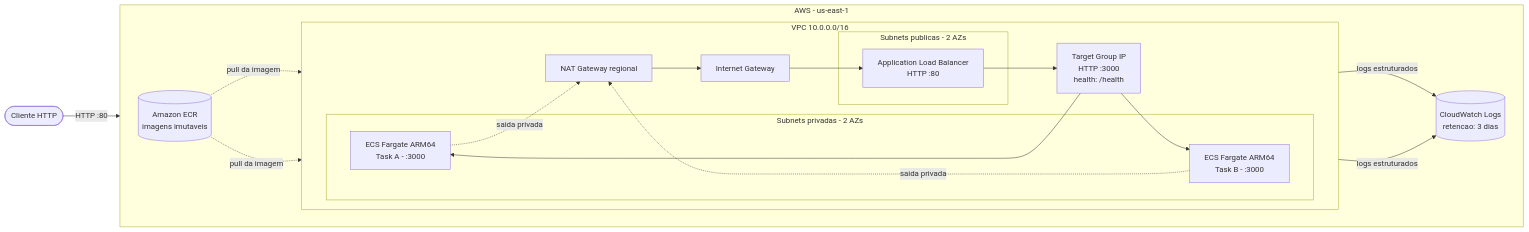
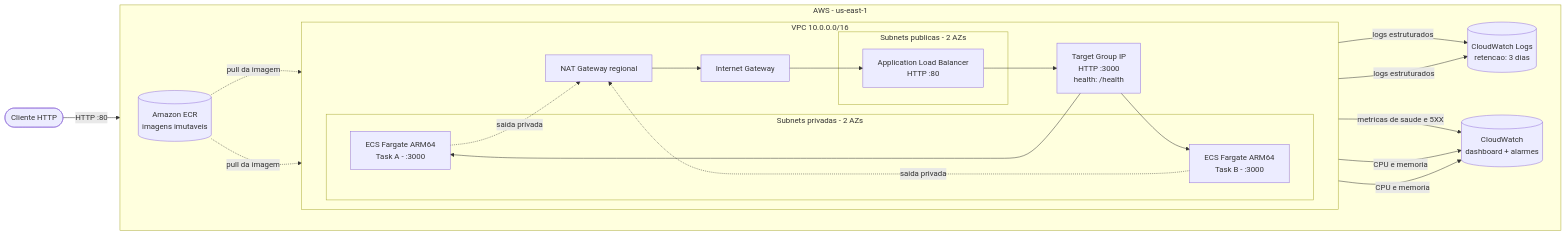
Before and after one commit to kaiotcp1/ECS: the first of 2 diagrams in docs/architecture.md, drawn with Mermaid. The commit also changed other lines of this file and 7 other files, not shown here.

````diff
--- a/docs/architecture.md
+++ b/docs/architecture.md
@@ -10,41 +10,45 @@
 ```mermaid
 flowchart LR
   user([Cliente HTTP])
 
   subgraph aws[AWS - us-east-1]
     direction LR
 
     subgraph vpc[VPC 10.0.0.0/16]
       direction LR
 
       igw[Internet Gateway]
 
       subgraph public[Subnets publicas - 2 AZs]
         alb[Application Load Balancer<br/>HTTP :80]
       end
 
       nat[NAT Gateway regional]
       tg[Target Group IP<br/>HTTP :3000<br/>health: /health]
 
       subgraph private[Subnets privadas - 2 AZs]
         taskA[ECS Fargate ARM64<br/>Task A - :3000]
         taskB[ECS Fargate ARM64<br/>Task B - :3000]
       end
     end
 
     ecr[(Amazon ECR<br/>imagens imutaveis)]
     logs[(CloudWatch Logs<br/>retencao: 3 dias)]
+    metrics[(CloudWatch<br/>dashboard + alarmes)]
   end
 
   user -->|HTTP :80| igw --> alb
   alb --> tg
   tg --> taskA
   tg --> taskB
   taskA -. saida privada .-> nat
   taskB -. saida privada .-> nat
   nat --> igw
   ecr -. pull da imagem .-> taskA
   ecr -. pull da imagem .-> taskB
   taskA -->|logs estruturados| logs
   taskB -->|logs estruturados| logs
+  alb -->|metricas de saude e 5XX| metrics
+  taskA -->|CPU e memoria| metrics
+  taskB -->|CPU e memoria| metrics
 ```
````
